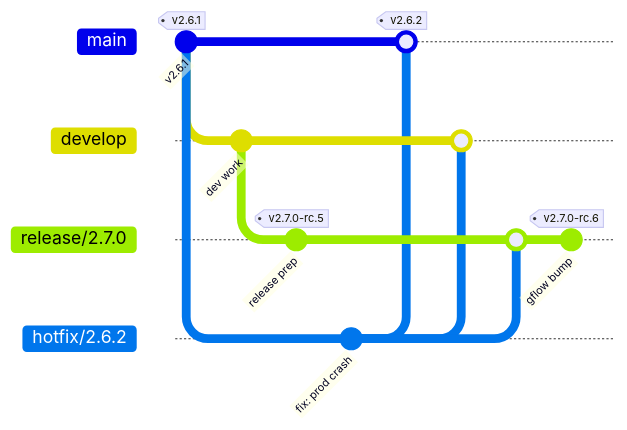
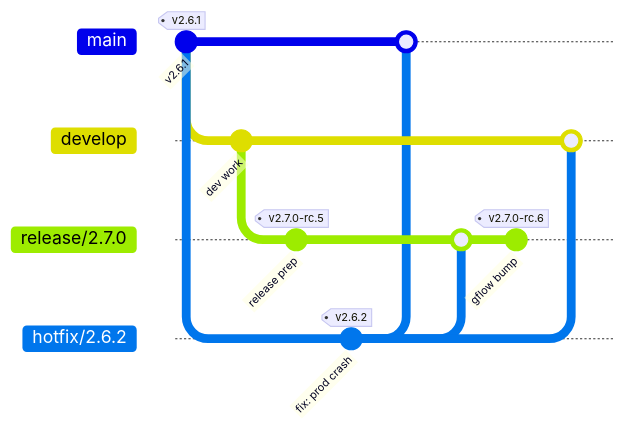
One commit to middelkampdev/gflow changed the fifth of 7 diagrams in README.md. Above: the diagram before and after it, drawn with Mermaid. The commit also changed other lines of this file and 23 other files, not shown here.

````diff
--- a/README.md
+++ b/README.md
@@ -581,18 +604,18 @@
 ```mermaid
 gitGraph
     commit id: "v2.6.1" tag: "v2.6.1"
     branch develop
     commit id: "dev work"
     branch release/2.7.0
     commit id: "release prep" tag: "v2.7.0-rc.5"
     checkout main
     branch hotfix/2.6.2
-    commit id: "fix: prod crash"
+    commit id: "fix: prod crash" tag: "v2.6.2"
     checkout main
-    merge hotfix/2.6.2 tag: "v2.6.2"
-    checkout develop
     merge hotfix/2.6.2
     checkout release/2.7.0
     merge hotfix/2.6.2
     commit id: "gflow bump" tag: "v2.7.0-rc.6"
+    checkout develop
+    merge hotfix/2.6.2
 ```
````
